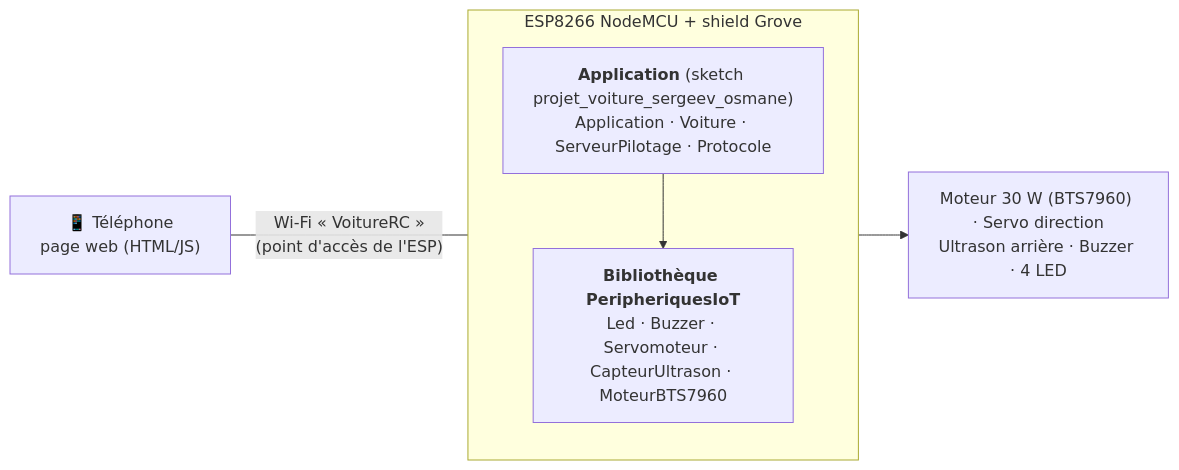
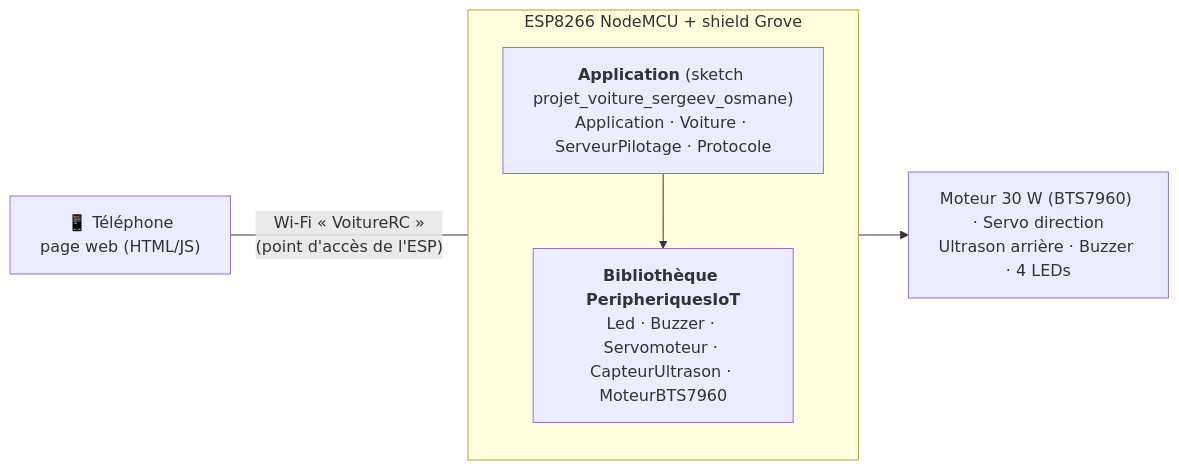
Before and after one commit to lsergeev/BE_POO_Sergeev_Osmane: the diagram in docs/architecture.md, drawn with Mermaid. The commit also changed other lines of this file and 9 other files, not shown here.

````diff
--- a/docs/architecture.md
+++ b/docs/architecture.md
@@ -10,11 +11,11 @@
 ```mermaid
 flowchart LR
     tel["📱 Téléphone<br/>page web (HTML/JS)"] -- "Wi-Fi « VoitureRC »<br/>(point d'accès de l'ESP)" --- esp
     subgraph esp["ESP8266 NodeMCU + shield Grove"]
         direction TB
         app["<b>Application</b> (sketch projet_voiture_sergeev_osmane)<br/>Application · Voiture · ServeurPilotage · Protocole"]
         lib["<b>Bibliothèque PeripheriquesIoT</b><br/>Led · Buzzer · Servomoteur · CapteurUltrason · MoteurBTS7960"]
         app --> lib
     end
-    lib --> hw["Moteur 30 W (BTS7960) · Servo direction<br/>Ultrason arrière · Buzzer · 4 LED"]
+    lib --> hw["Moteur 30 W (BTS7960) · Servo direction<br/>Ultrason arrière · Buzzer · 4 LEDs"]
 ```
````
